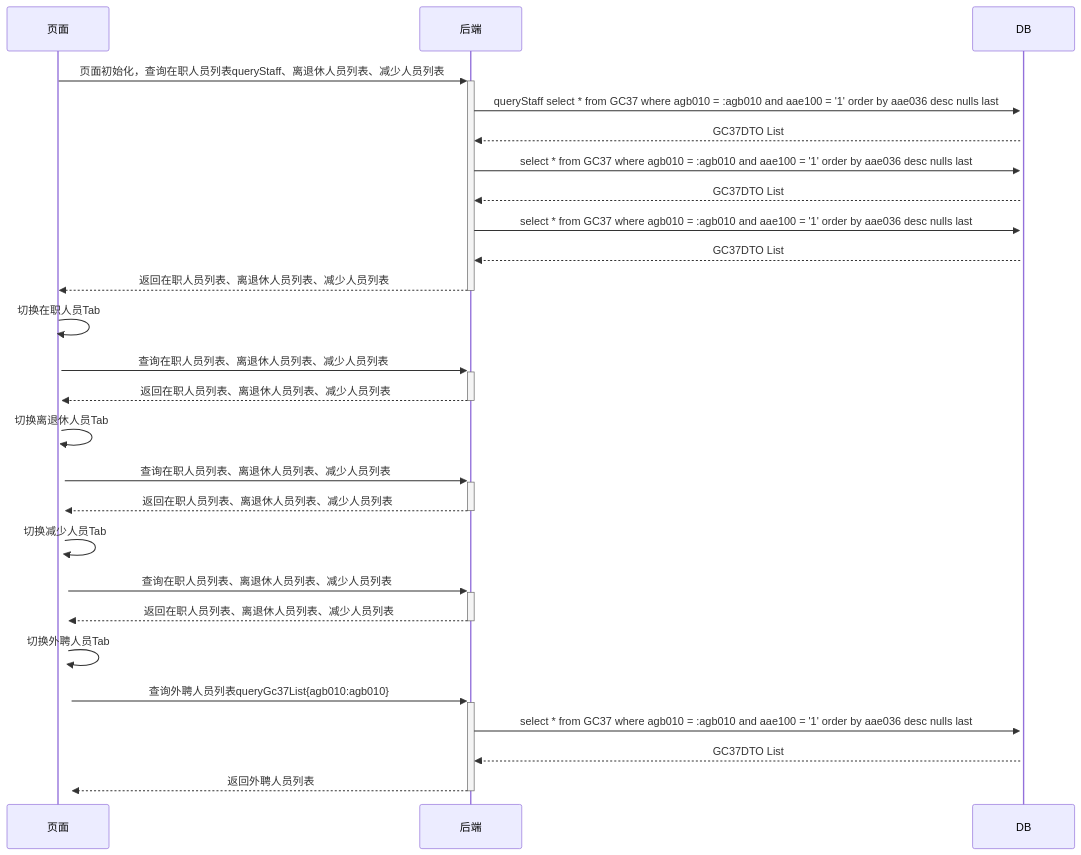
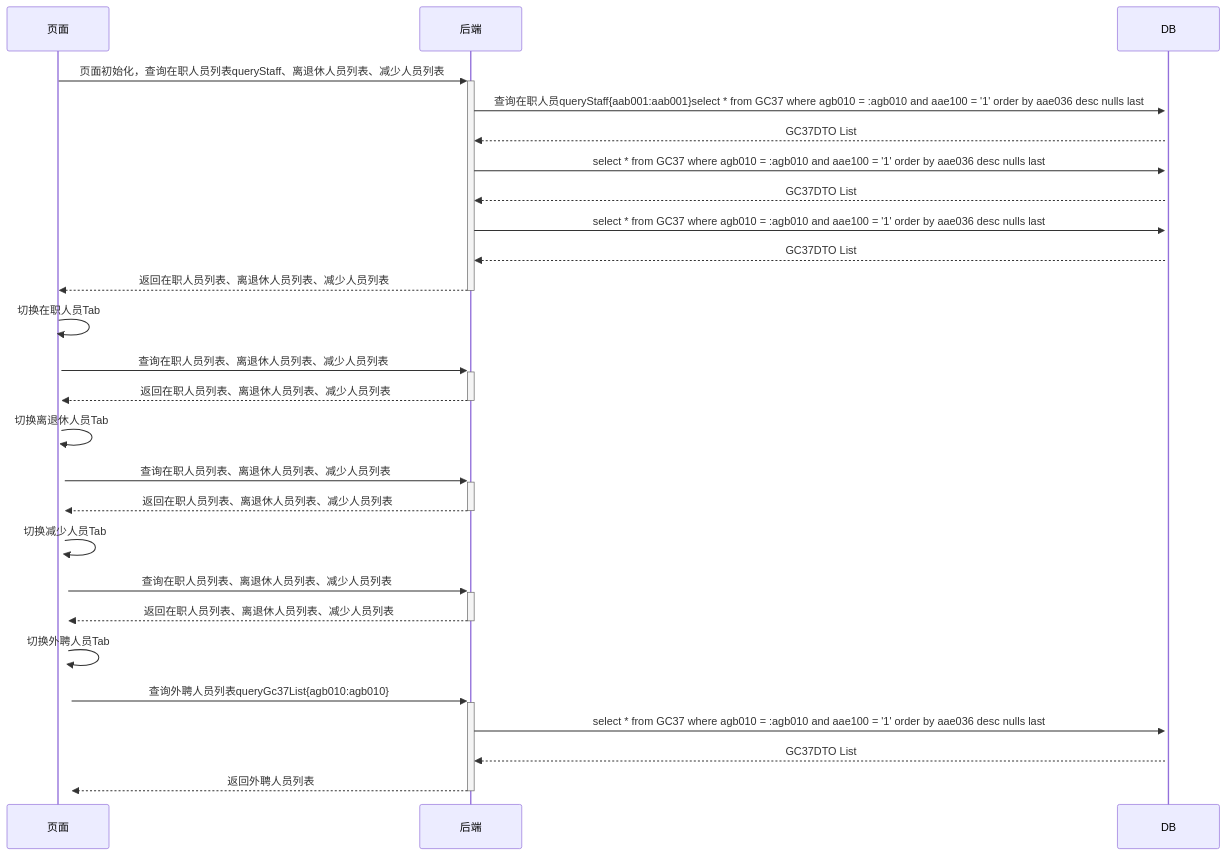
Before and after one commit to ZhangJianBeiJing/iodraw-files: the diagram in all/人员基本信息初始化页面多Tab调用业务流程.md, drawn with Mermaid.

Commit message:
2025-03-25 10:37:29 update

````diff
--- a/all/人员基本信息初始化页面多Tab调用业务流程.md
+++ b/all/人员基本信息初始化页面多Tab调用业务流程.md
@@ -1,25 +1,25 @@
 ```mermaid
 sequenceDiagram
     页面->>+后端: 页面初始化，查询在职人员列表queryStaff、离退休人员列表、减少人员列表
-    后端->>+DB:queryStaff select * from GC37 where agb010 = :agb010 and aae100 = '1' order by aae036 desc nulls last
+    后端->>+DB:查询在职人员queryStaff{aab001:aab001}select * from GC37 where agb010 = :agb010 and aae100 = '1' order by aae036 desc nulls last
     DB-->>后端:GC37DTO List
     后端->>+DB:select * from GC37 where agb010 = :agb010 and aae100 = '1' order by aae036 desc nulls last
     DB-->>后端:GC37DTO List
     后端->>+DB:select * from GC37 where agb010 = :agb010 and aae100 = '1' order by aae036 desc nulls last
     DB-->>后端:GC37DTO List
     后端-->>-页面:返回在职人员列表、离退休人员列表、减少人员列表
     页面->>+页面:切换在职人员Tab
     页面->>+后端:查询在职人员列表、离退休人员列表、减少人员列表
     后端-->>-页面:返回在职人员列表、离退休人员列表、减少人员列表
     页面->>+页面:切换离退休人员Tab
     页面->>+后端:查询在职人员列表、离退休人员列表、减少人员列表
     后端-->>-页面:返回在职人员列表、离退休人员列表、减少人员列表
     页面->>+页面:切换减少人员Tab
     页面->>+后端:查询在职人员列表、离退休人员列表、减少人员列表
     后端-->>-页面:返回在职人员列表、离退休人员列表、减少人员列表
     页面->>+页面:切换外聘人员Tab
     页面->>+后端:查询外聘人员列表queryGc37List{agb010:agb010}
     后端->>+DB:select * from GC37 where agb010 = :agb010 and aae100 = '1' order by aae036 desc nulls last
     DB-->>后端:GC37DTO List 
     后端-->>-页面:返回外聘人员列表
 ```
````
